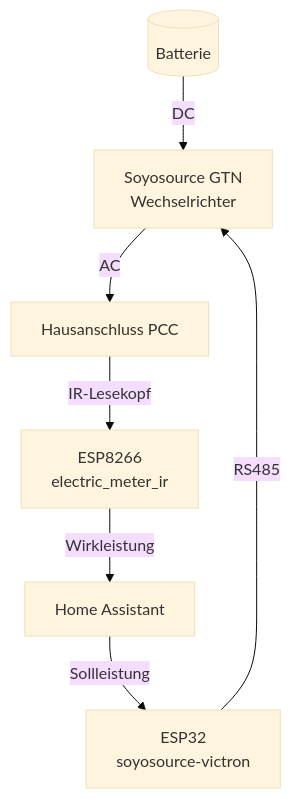
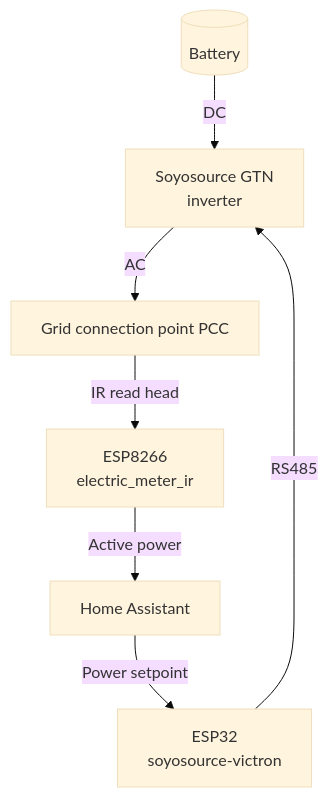
The first of 2 diagrams in README.md (simonsilie/home-automation), drawn with Mermaid (base theme) before and after one commit. The commit also changed other lines of this file and 13 other files, not shown here.

````diff
--- a/README.md
+++ b/README.md
@@ -16,9 +17,9 @@
 ```mermaid
 flowchart TD
-    Batterie[(Batterie)] -->|DC| Soyosource[Soyosource GTN\nWechselrichter]
-    Soyosource -->|AC| PCC[Hausanschluss PCC]
-    PCC -->|IR-Lesekopf| ESP8266[ESP8266\nelectric_meter_ir]
-    ESP8266 -->|Wirkleistung| HA[Home Assistant]
-    HA -->|Sollleistung| ESP32[ESP32\nsoyosource-victron]
+    Battery[(Battery)] -->|DC| Soyosource[Soyosource GTN\ninverter]
+    Soyosource -->|AC| PCC[Grid connection point PCC]
+    PCC -->|IR read head| ESP8266[ESP8266\nelectric_meter_ir]
+    ESP8266 -->|Active power| HA[Home Assistant]
+    HA -->|Power setpoint| ESP32[ESP32\nsoyosource-victron]
     ESP32 -->|RS485| Soyosource
 ```
````
